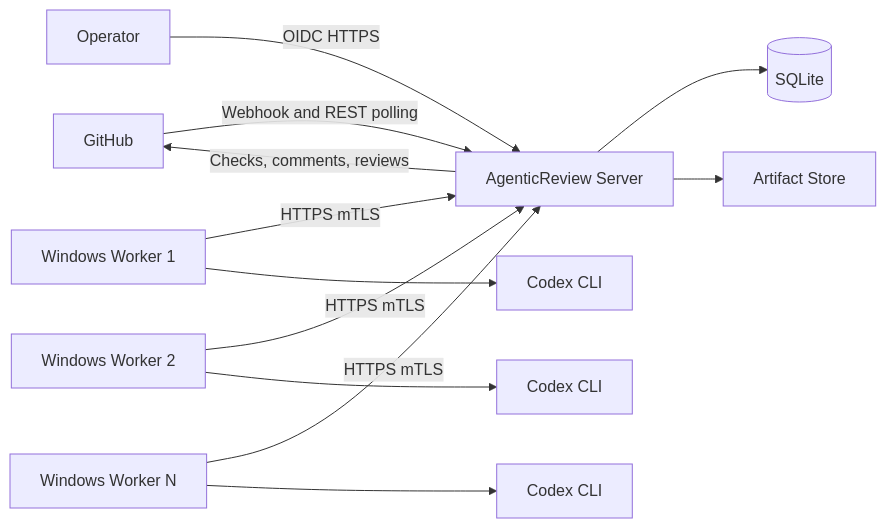
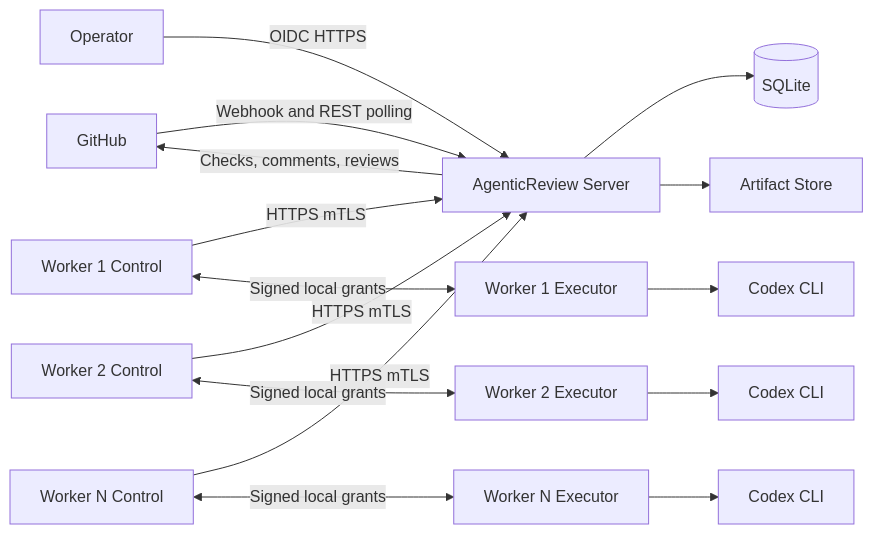
Before and after one commit to moooyo/PowerToys-Agentic-Review: the first of 2 diagrams in ARCHITECTURE.md, drawn with Mermaid. The commit also changed other lines of this file and 6 other files, not shown here.

````diff
--- a/ARCHITECTURE.md
+++ b/ARCHITECTURE.md
@@ -43,14 +43,17 @@
 ```mermaid
 flowchart LR
     GH[GitHub] -->|Webhook and REST polling| S[AgenticReview Server]
     O[Operator] -->|OIDC HTTPS| S
     S --> DB[(SQLite)]
     S --> AS[Artifact Store]
-    W1[Windows Worker 1] -->|HTTPS mTLS| S
-    W2[Windows Worker 2] -->|HTTPS mTLS| S
-    WN[Windows Worker N] -->|HTTPS mTLS| S
-    W1 --> C1[Codex CLI]
-    W2 --> C2[Codex CLI]
-    WN --> CN[Codex CLI]
+    W1C[Worker 1 Control] -->|HTTPS mTLS| S
+    W2C[Worker 2 Control] -->|HTTPS mTLS| S
+    WNC[Worker N Control] -->|HTTPS mTLS| S
+    W1C <-->|Signed local grants| W1E[Worker 1 Executor]
+    W2C <-->|Signed local grants| W2E[Worker 2 Executor]
+    WNC <-->|Signed local grants| WNE[Worker N Executor]
+    W1E --> C1[Codex CLI]
+    W2E --> C2[Codex CLI]
+    WNE --> CN[Codex CLI]
     S -->|Checks, comments, reviews| GH
 ```
````
